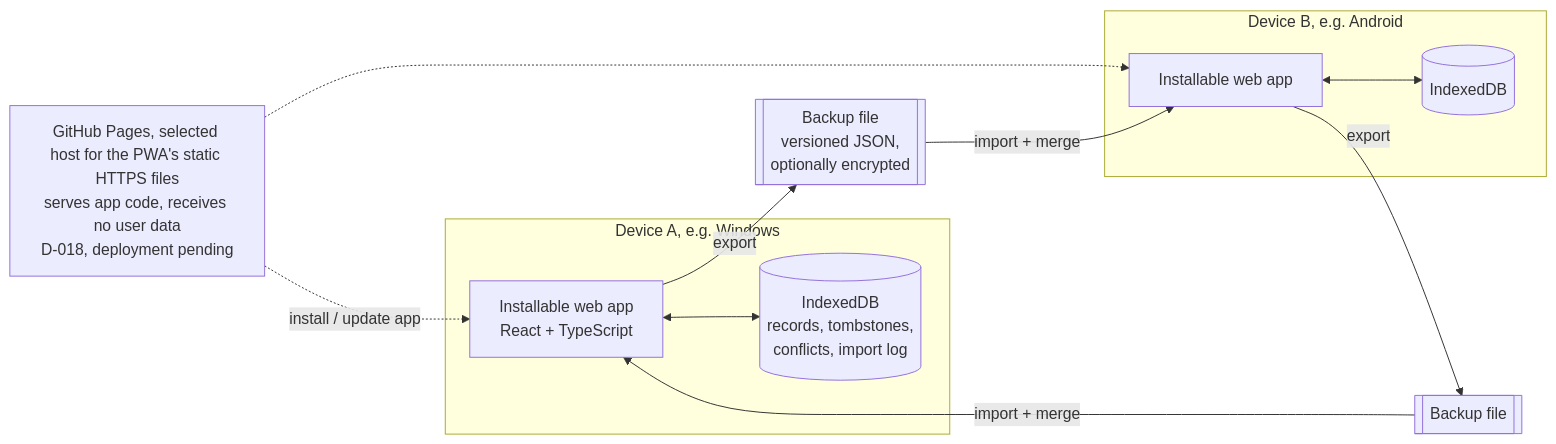
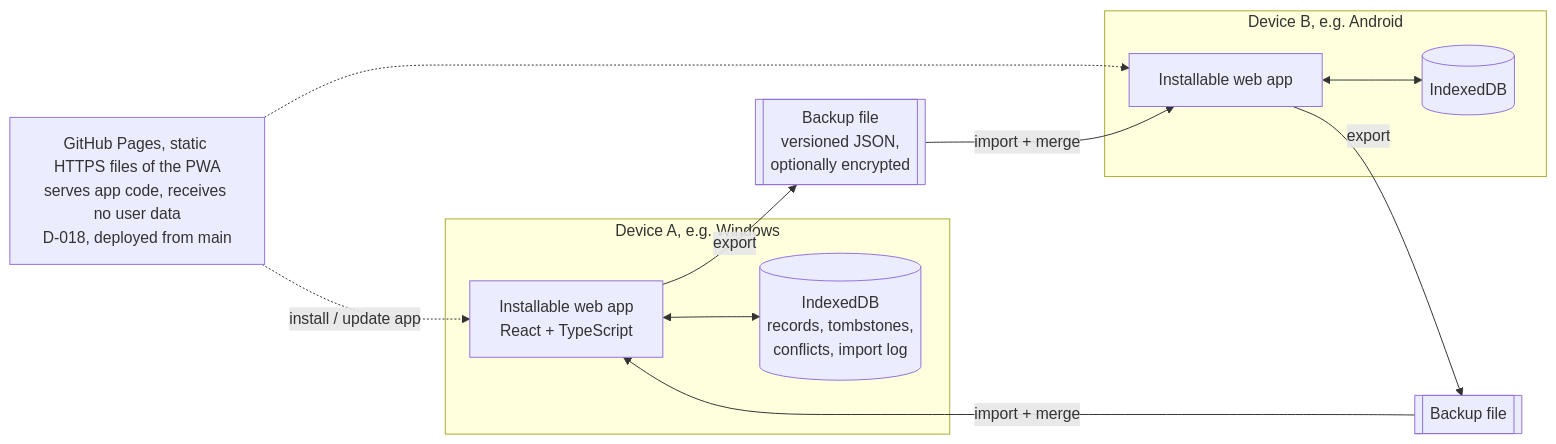
One commit to moeintorabi90/personal-productivity-system changed the first of 2 diagrams in docs/ARCHITECTURE.md. Above: the diagram before and after it, drawn with Mermaid. The commit also changed other lines of this file and 31 other files, not shown here.

````diff
--- a/docs/ARCHITECTURE.md
+++ b/docs/ARCHITECTURE.md
@@ -9,19 +9,19 @@
 ```mermaid
 flowchart LR
   subgraph DeviceA[Device A, e.g. Windows]
     WebA[Installable web app<br/>React + TypeScript]
     LocalA[(IndexedDB<br/>records, tombstones,<br/>conflicts, import log)]
     WebA <--> LocalA
   end
   subgraph DeviceB[Device B, e.g. Android]
     WebB[Installable web app]
     LocalB[(IndexedDB)]
     WebB <--> LocalB
   end
   WebA -->|export| File[[Backup file<br/>versioned JSON,<br/>optionally encrypted]]
   File -->|import + merge| WebB
   WebB -->|export| File2[[Backup file]]
   File2 -->|import + merge| WebA
-  Host[GitHub Pages, selected host for the PWA's static HTTPS files<br/>serves app code, receives no user data<br/>D-018, deployment pending] -.->|install / update app| WebA
+  Host[GitHub Pages, static HTTPS files of the PWA<br/>serves app code, receives no user data<br/>D-018, deployed from main] -.->|install / update app| WebA
   Host -.-> WebB
 ```
````
